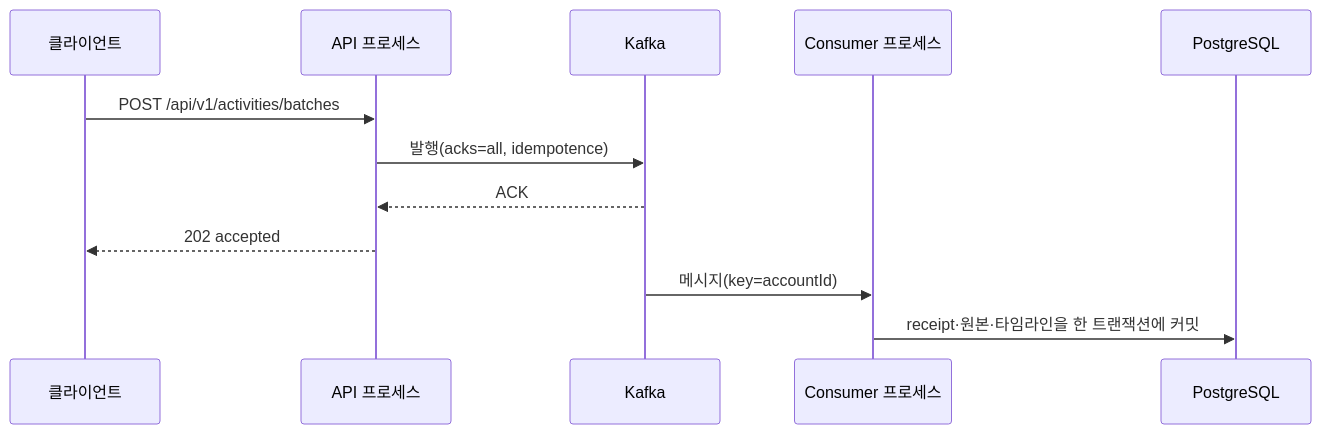
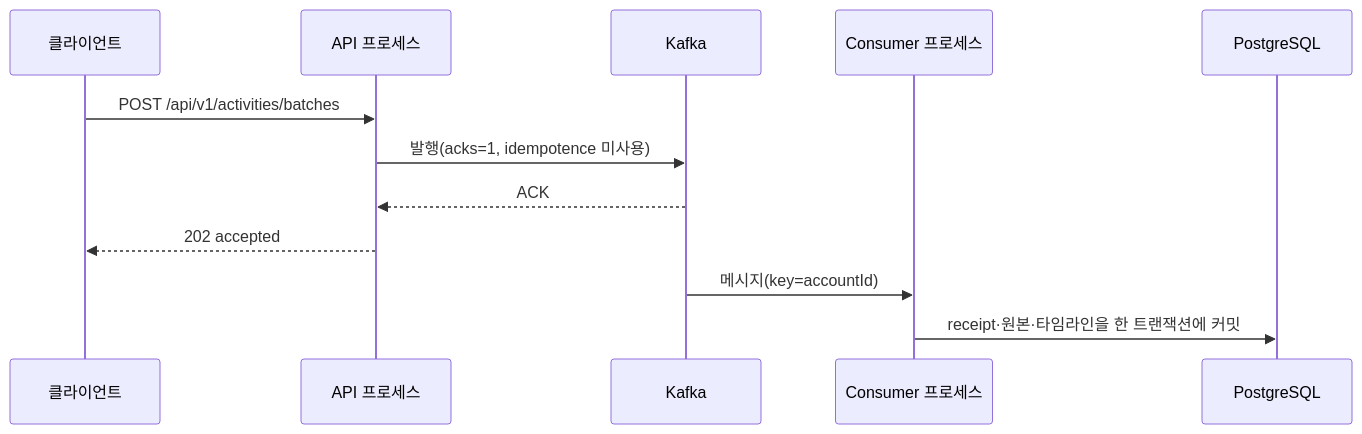
The diagram in openwiki/architecture/persistence-and-messaging.md (jolvy/mosemo), drawn with Mermaid before and after one commit. The commit also changed other lines of this file and 7 other files, not shown here.

````diff
--- a/openwiki/architecture/persistence-and-messaging.md
+++ b/openwiki/architecture/persistence-and-messaging.md
@@ -122,14 +122,14 @@
 ```mermaid
 sequenceDiagram
   participant App as 클라이언트
   participant API as API 프로세스
   participant K as Kafka
   participant C as Consumer 프로세스
   participant DB as PostgreSQL
   App->>API: POST /api/v1/activities/batches
-  API->>K: 발행(acks=all, idempotence)
+  API->>K: 발행(acks=1, idempotence 미사용)
   K-->>API: ACK
   API-->>App: 202 accepted
   K->>C: 메시지(key=accountId)
   C->>DB: receipt·원본·타임라인을 한 트랜잭션에 커밋
 ```
````
